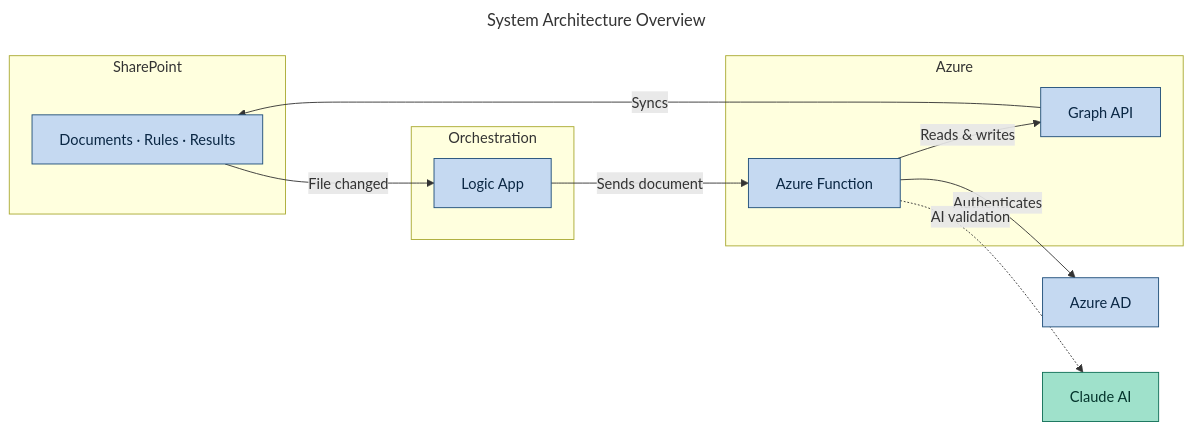
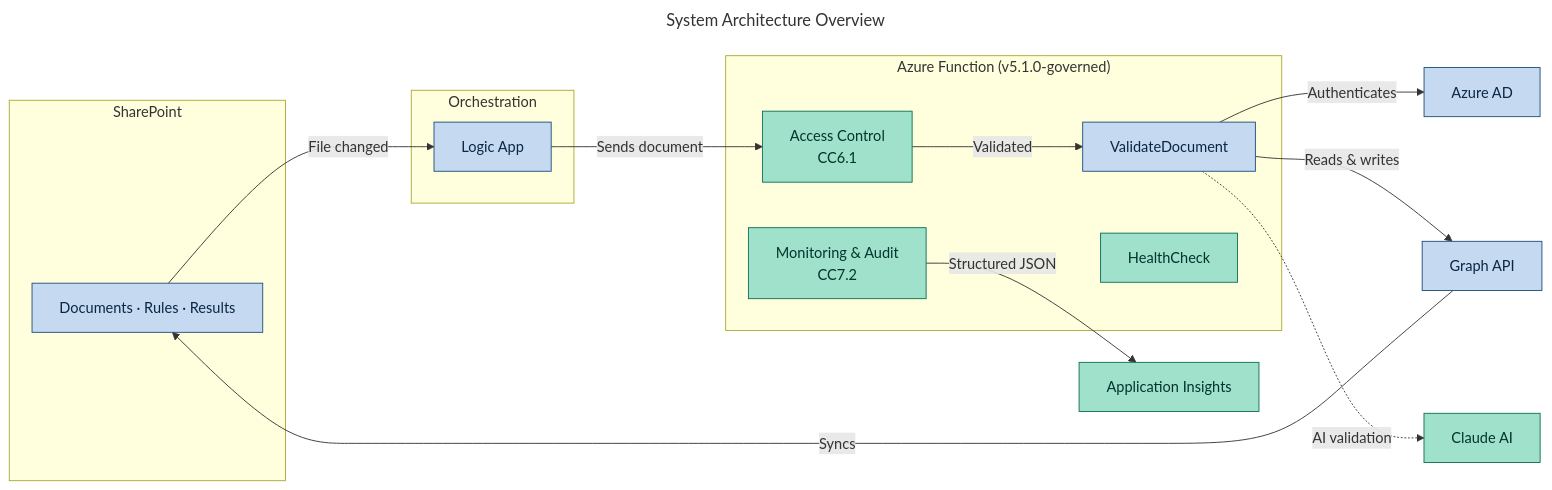
One commit to stephencummins/MaceStyle changed the first of 4 diagrams in docs/1-technical-architecture.md. Above: the diagram before and after it, drawn with Mermaid. The commit also changed other lines of this file and 9 other files, not shown here.

````diff
--- a/docs/1-technical-architecture.md
+++ b/docs/1-technical-architecture.md
@@ -11,29 +11,35 @@
 ```mermaid
 ---
 title: System Architecture Overview
 ---
 graph LR
     subgraph SharePoint
         SP[Documents · Rules · Results]:::primary
     end
     subgraph Orchestration
         LA[Logic App]:::primary
     end
-    subgraph Azure
-        AF[Azure Function]:::primary
-        GR[Graph API]:::primary
+    subgraph "Azure Function (v5.1.0-governed)"
+        ACCESS[Access Control<br/>CC6.1]:::outcome
+        AF[ValidateDocument]:::primary
+        MONITOR[Monitoring & Audit<br/>CC7.2]:::outcome
+        HEALTH[HealthCheck]:::outcome
     end
+    GR[Graph API]:::primary
+    INSIGHTS[Application Insights]:::outcome
     AD[Azure AD]:::primary
     AI[Claude AI]:::outcome
 
     SP -->|File changed| LA
-    LA -->|Sends document| AF
+    LA -->|Sends document| ACCESS
+    ACCESS -->|Validated| AF
     AF -->|Authenticates| AD
     AF -->|Reads & writes| GR
     GR -->|Syncs| SP
     AF -.->|AI validation| AI
+    MONITOR -->|Structured JSON| INSIGHTS
 
     classDef primary fill:#c5d9f1,stroke:#1F4E79,color:#0a2744
     classDef decision fill:#fac775,stroke:#854f0b,color:#412402
     classDef outcome fill:#9fe1cb,stroke:#0f6e56,color:#04342c
 ```
````
